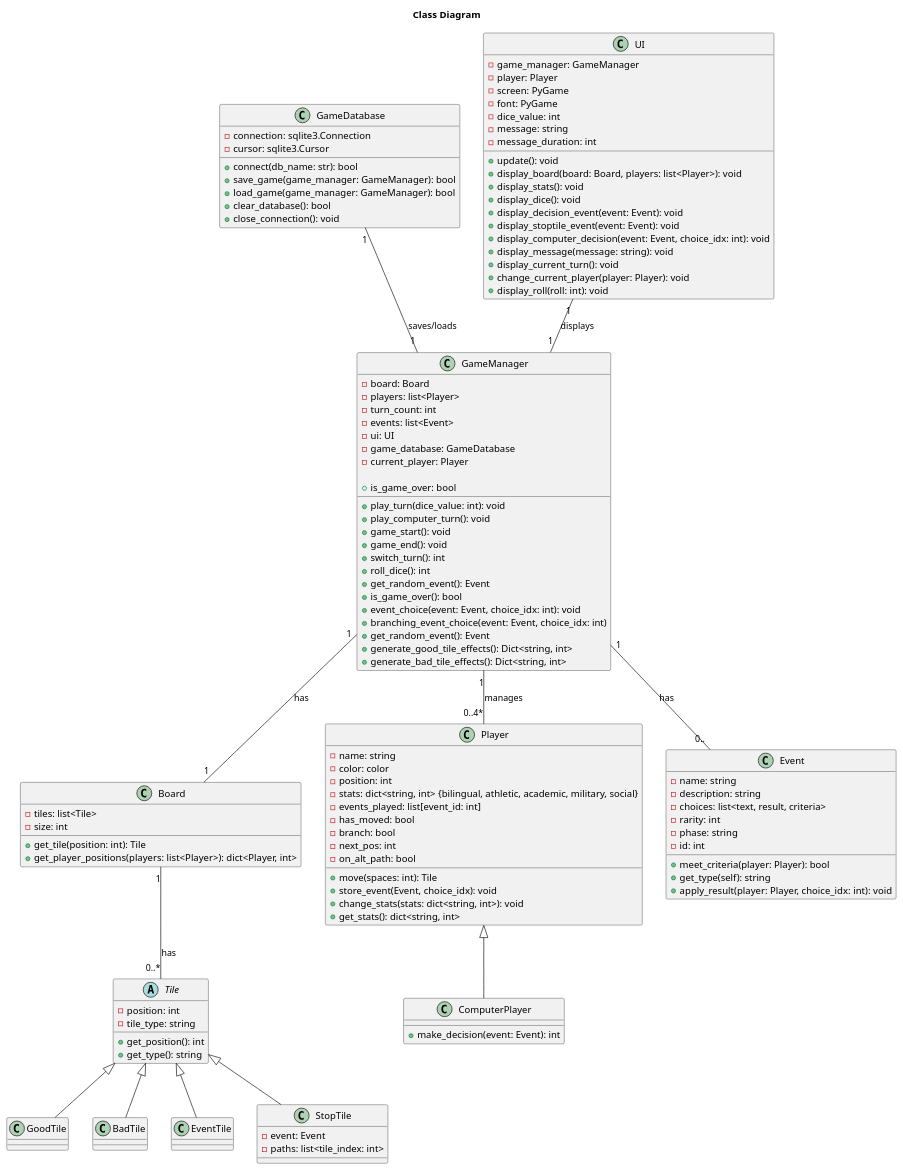
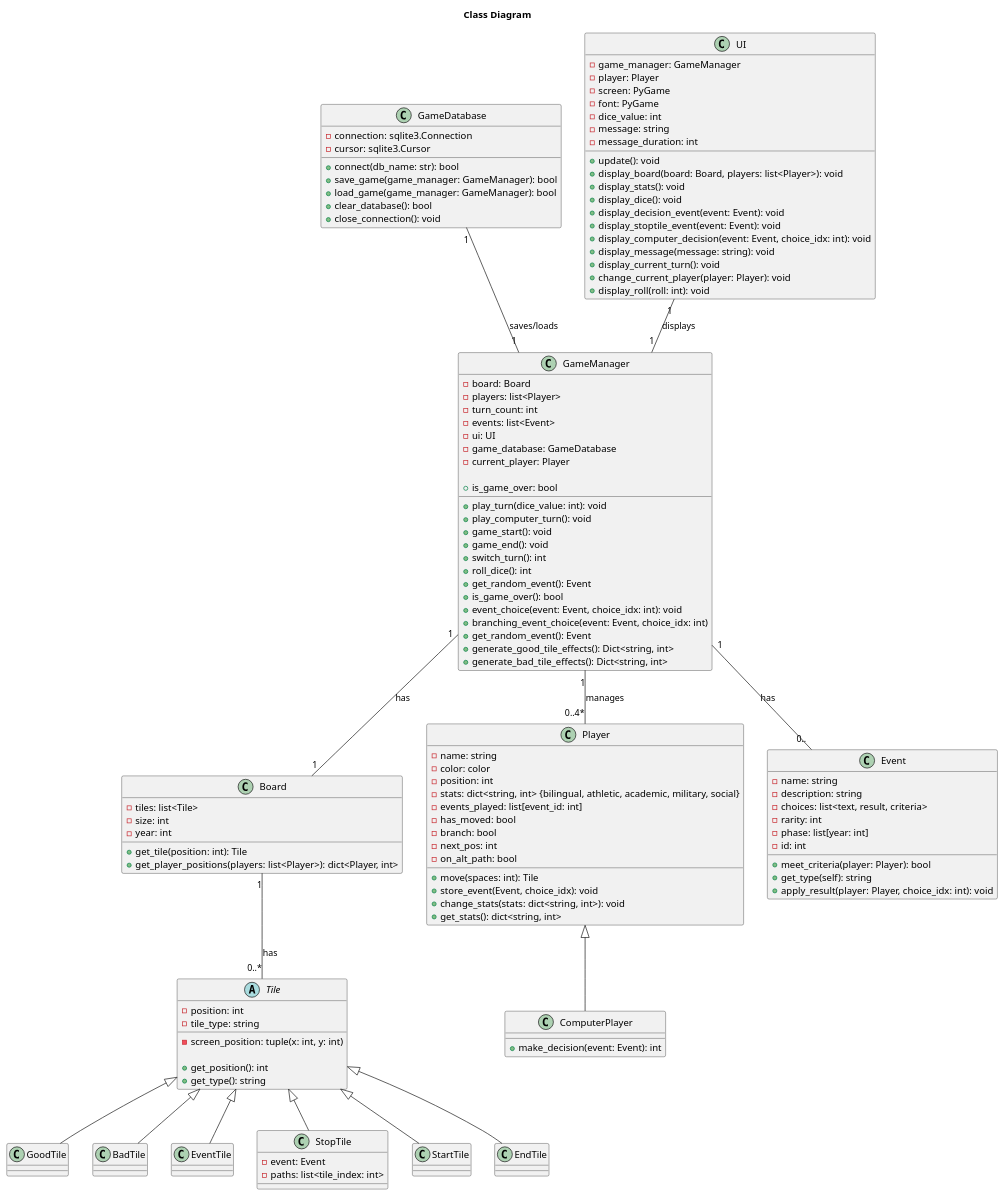
Before and after one commit to CSE-362-2025/BoardGameProject: the diagram in diagrams/class_diagram.puml, drawn with PlantUML. The commit also changed 8 other files, not shown here.

```diff
--- a/diagrams/class_diagram.puml
+++ b/diagrams/class_diagram.puml
@@ -1,156 +1,166 @@
 @startuml class_diagram
 title "Class Diagram"
 ' skinparam shadowing false
 ' skinparam classAttributeIconSize 0
 
 class GameDatabase {
     
     - connection: sqlite3.Connection
     - cursor: sqlite3.Cursor
 
     + connect(db_name: str): bool
     + save_game(game_manager: GameManager): bool
     + load_game(game_manager: GameManager): bool
     + clear_database(): bool
     + close_connection(): void
 
 }
 
 class Board {
 
     - tiles: list<Tile>
     - size: int
+    - year: int
 
     + get_tile(position: int): Tile
     + get_player_positions(players: list<Player>): dict<Player, int>
 }
 
 abstract class Tile {
 
     - position: int
     - tile_type: string
+    - screen_position: tuple(x: int, y: int)
 
     + get_position(): int
     + get_type(): string
 }
 
 class GoodTile {
 }
 
 class BadTile {
 }
 
 class EventTile {
 }
 
 class StopTile {
     - event: Event
     - paths: list<tile_index: int>
 
+}
+
+class StartTile {
+}
+
+class EndTile {
 }
 
 class Player {
 
     - name: string
     - color: color
     - position: int
     - stats: dict<string, int> {bilingual, athletic, academic, military, social}
     - events_played: list[event_id: int]
     - has_moved: bool
     - branch: bool
     - next_pos: int
     - on_alt_path: bool
 
     + move(spaces: int): Tile
     + store_event(Event, choice_idx): void
     + change_stats(stats: dict<string, int>): void
     + get_stats(): dict<string, int>
 
 }
 
 class ComputerPlayer {
 
     + make_decision(event: Event): int
 }
 
 class Event {
 
     - name: string
     - description: string
     - choices: list<text, result, criteria>
     - rarity: int
-    - phase: string
+    - phase: list[year: int]
     - id: int
 
     + meet_criteria(player: Player): bool
     + get_type(self): string
     + apply_result(player: Player, choice_idx: int): void
 }
 
 
 class GameManager {
 
     - board: Board
     - players: list<Player>
     - turn_count: int
     - events: list<Event>
     - ui: UI
     - game_database: GameDatabase
     - current_player: Player
 
     + play_turn(dice_value: int): void
     + play_computer_turn(): void
     + game_start(): void
     + game_end(): void
     + switch_turn(): int
     + roll_dice(): int
     + get_random_event(): Event
     + is_game_over(): bool
     + event_choice(event: Event, choice_idx: int): void
     + branching_event_choice(event: Event, choice_idx: int)
     + get_random_event(): Event
     + is_game_over: bool
     + generate_good_tile_effects(): Dict<string, int>
     + generate_bad_tile_effects(): Dict<string, int>
 }
 
 class UI {
 
     - game_manager: GameManager
     - player: Player
     - screen: PyGame
     - font: PyGame
     - dice_value: int
     - message: string
     - message_duration: int
 
     + update(): void
     + display_board(board: Board, players: list<Player>): void
     + display_stats(): void
     + display_dice(): void
     + display_decision_event(event: Event): void
     + display_stoptile_event(event: Event): void
     + display_computer_decision(event: Event, choice_idx: int): void
     + display_message(message: string): void
     + display_current_turn(): void
     + change_current_player(player: Player): void
     + display_roll(roll: int): void
 }
 
 
 ' Relationships
 
 Board "1" -- "0..*" Tile : "has"
 GameDatabase "1" -- "1" GameManager : "saves/loads"
 GameManager "1" -- "0..4*" Player : "manages"
 GameManager "1" -- "1" Board : "has"
 GameManager "1" -- "0.." Event : "has"
 UI "1" -- "1" GameManager : "displays"
 Tile <|-- GoodTile
 Tile <|-- BadTile
 Tile <|-- EventTile
 Tile <|-- StopTile
+Tile <|-- StartTile
+Tile <|-- EndTile
 Player <|-- ComputerPlayer
 
 
 @enduml
```
